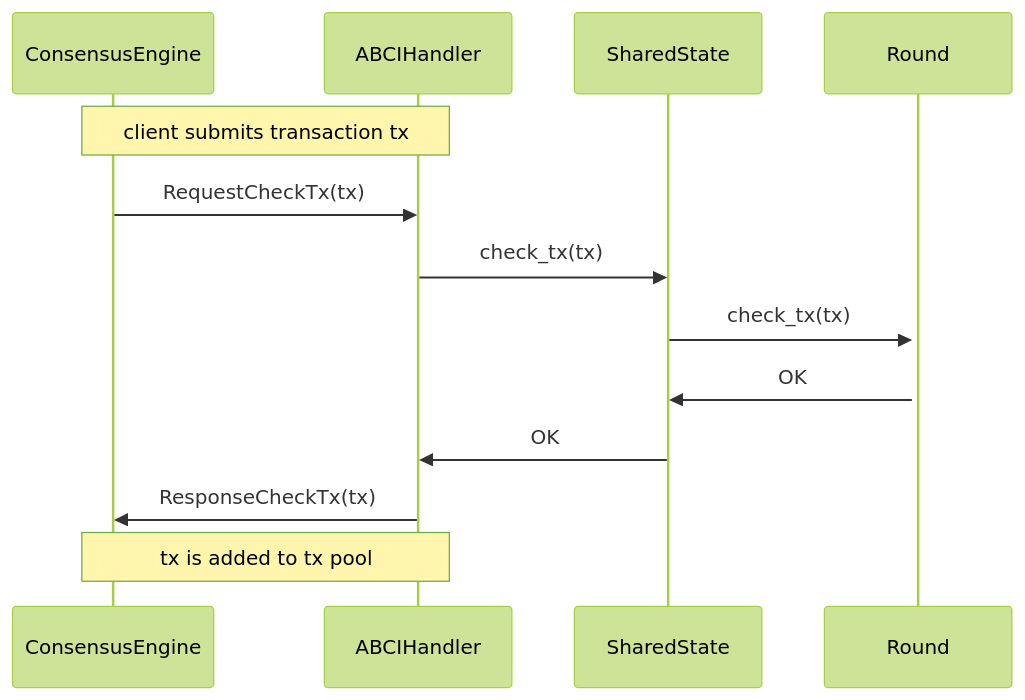
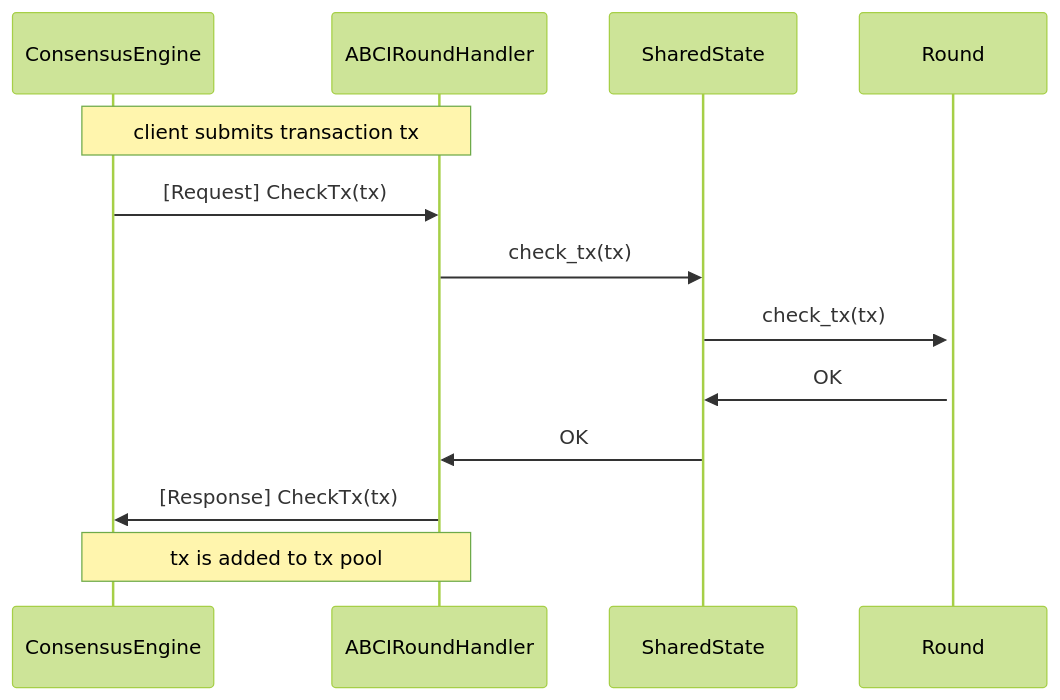
One commit to valory-xyz/open-autonomy changed the second of 3 diagrams in docs/abci_app_interactions.md. Above: the diagram before and after it, drawn with Mermaid (forest theme). The commit also changed other lines of this file, not shown here.

```diff
--- a/docs/abci_app_interactions.md
+++ b/docs/abci_app_interactions.md
@@ -82,16 +82,16 @@
 <div class="mermaid">
     sequenceDiagram
         participant ConsensusEngine
-        participant ABCIHandler
+        participant ABCIRoundHandler
         participant SharedState
         participant Round
         activate Round
-        note over ConsensusEngine,ABCIHandler: client submits transaction tx
-        ConsensusEngine->>ABCIHandler: RequestCheckTx(tx)
-        ABCIHandler->>SharedState: check_tx(tx)
+        note over ConsensusEngine,ABCIRoundHandler: client submits transaction tx
+        ConsensusEngine->>ABCIRoundHandler: [Request] CheckTx(tx)
+        ABCIRoundHandler->>SharedState: check_tx(tx)
         SharedState->>Round: check_tx(tx)
         Round->>SharedState: OK
-        SharedState->>ABCIHandler: OK
-        ABCIHandler->>ConsensusEngine: ResponseCheckTx(tx)
-        note over ConsensusEngine,ABCIHandler: tx is added to tx pool
+        SharedState->>ABCIRoundHandler: OK
+        ABCIRoundHandler->>ConsensusEngine: [Response] CheckTx(tx)
+        note over ConsensusEngine,ABCIRoundHandler: tx is added to tx pool
 </div>
```
